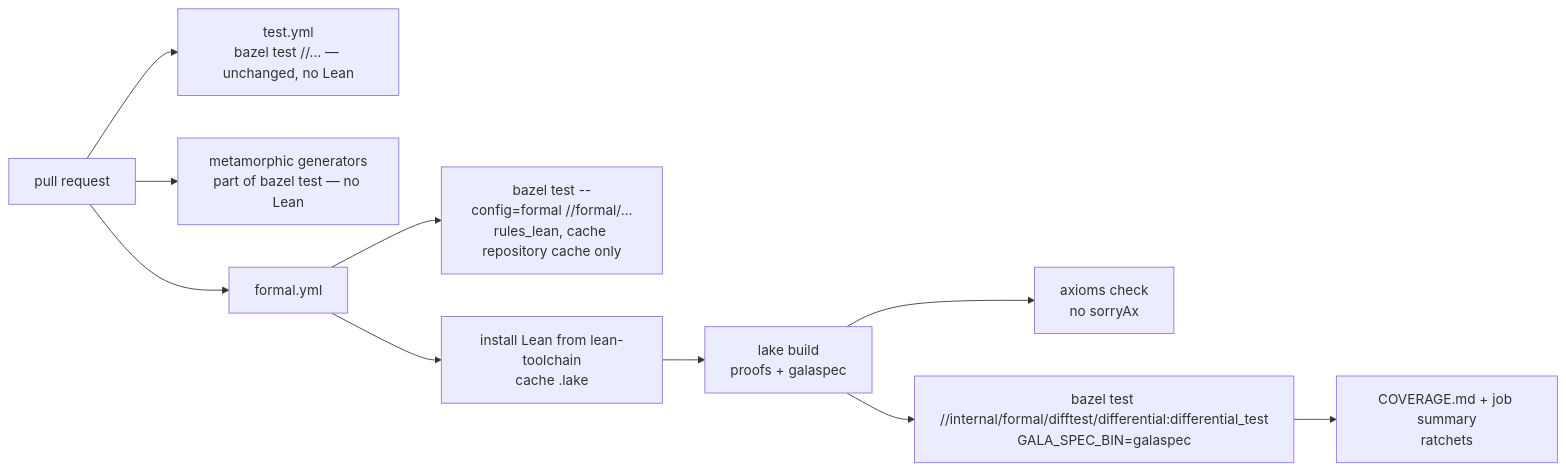
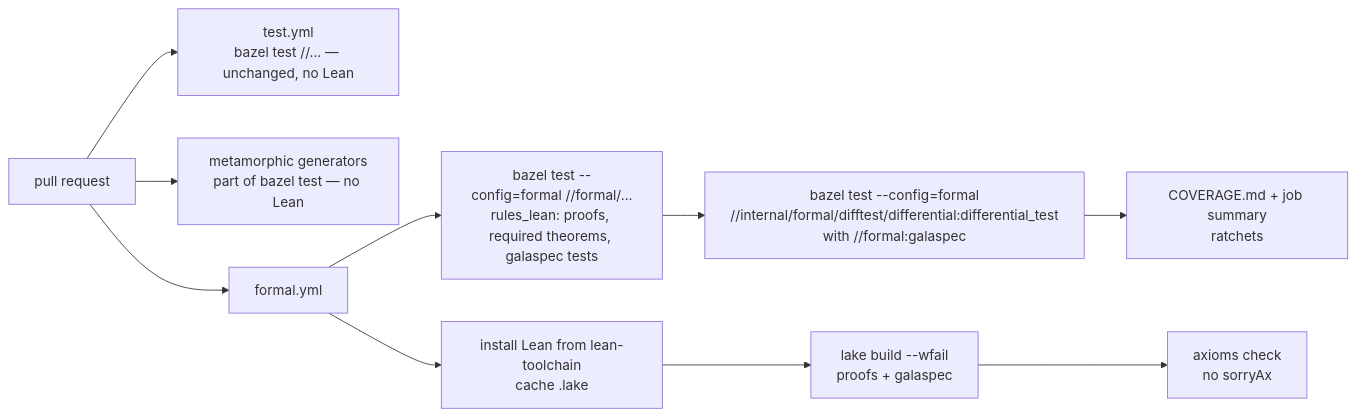
Before and after one commit to martianoff/gala: the third of 4 diagrams in docs/FORMAL_SEMANTICS.MD, drawn with Mermaid. The commit also changed other lines of this file and 11 other files, not shown here.

First line of the commit message:
build(formal): difftest uses //formal:galaspec; Bazel proof checks match Lake (#1056)

````diff
--- a/docs/FORMAL_SEMANTICS.MD
+++ b/docs/FORMAL_SEMANTICS.MD
@@ -270,12 +274,12 @@
 ```mermaid
 flowchart LR
     PR[pull request] --> T[test.yml<br/>bazel test //... — unchanged, no Lean]
     PR --> M[metamorphic generators<br/>part of bazel test — no Lean]
     PR --> F[formal.yml]
-    F --> B1[bazel test --config=formal //formal/...<br/>rules_lean, cache repository cache only]
+    F --> B1[bazel test --config=formal //formal/...<br/>rules_lean: proofs, required theorems, galaspec tests]
     F --> L1[install Lean from lean-toolchain<br/>cache .lake]
-    L1 --> L2[lake build<br/>proofs + galaspec]
+    L1 --> L2[lake build --wfail<br/>proofs + galaspec]
     L2 --> L3[axioms check<br/>no sorryAx]
-    L2 --> L4[bazel test //internal/formal/difftest/differential:differential_test<br/>GALA_SPEC_BIN=galaspec]
+    B1 --> L4[bazel test --config=formal<br/>//internal/formal/difftest/differential:differential_test<br/>with //formal:galaspec]
     L4 --> L5[COVERAGE.md + job summary<br/>ratchets]
 ```
````
